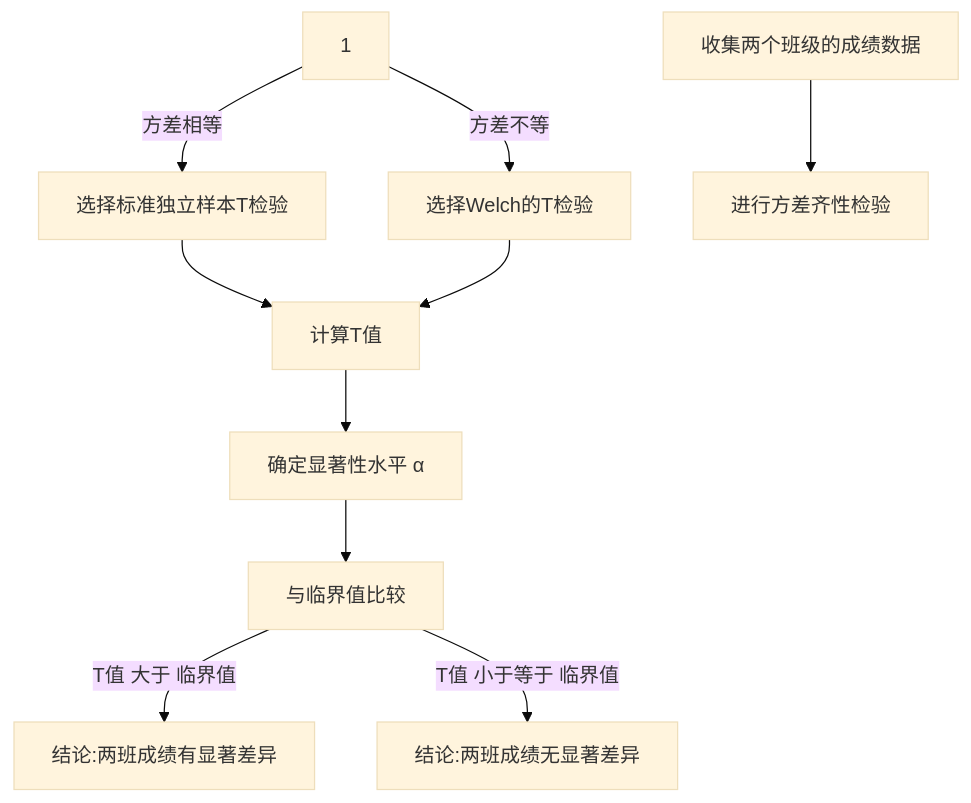
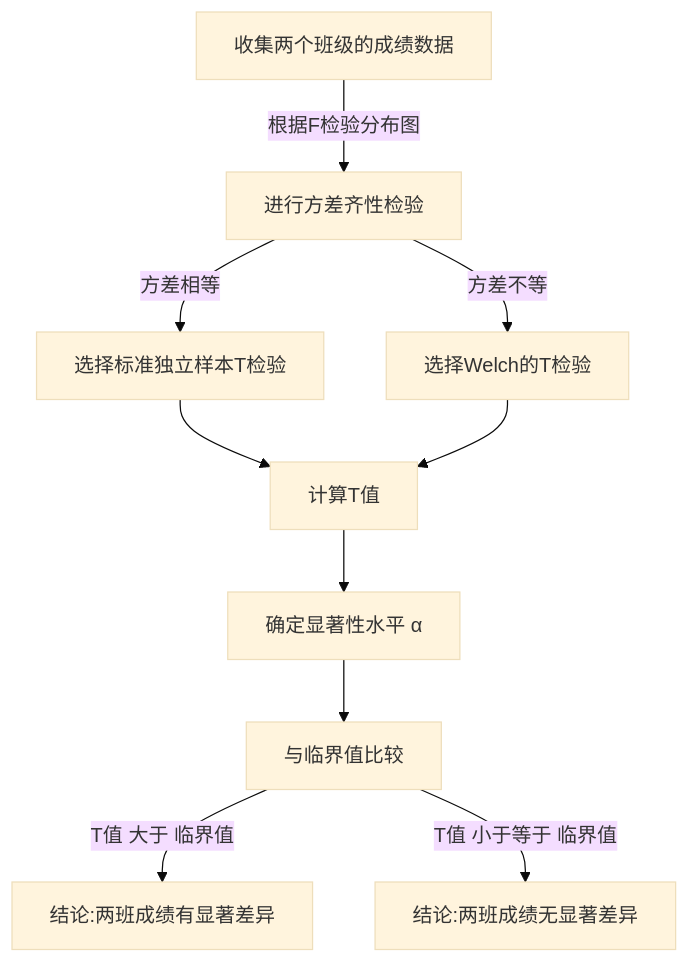
The second of 2 diagrams in source/_posts/t testing.md (introvert24312/somehow), drawn with Mermaid (base theme) before and after one commit. The commit also changed other lines of this file, not shown here.

````diff
--- a/source/_posts/t testing.md
+++ b/source/_posts/t testing.md
@@ -33,14 +33,14 @@
 ```mermaid
 graph TD
     0[收集两个班级的成绩数据]
-    0 --> \1[进行方差齐性检验]
+    0 --> |根据F检验分布图|1[进行方差齐性检验]
     1 -->|方差相等| 2[选择标准独立样本T检验]
     1 -->|方差不等| 3[选择Welch的T检验]
     2 --> 4[计算T值]
     3 --> 4
     4 --> 5[确定显著性水平 α]
     5 --> 6[与临界值比较]
     6 -->|T值 大于 临界值| 7[结论:两班成绩有显著差异]
     6 -->|T值 小于等于 临界值| 8[结论:两班成绩无显著差异]
 
 ```
````
